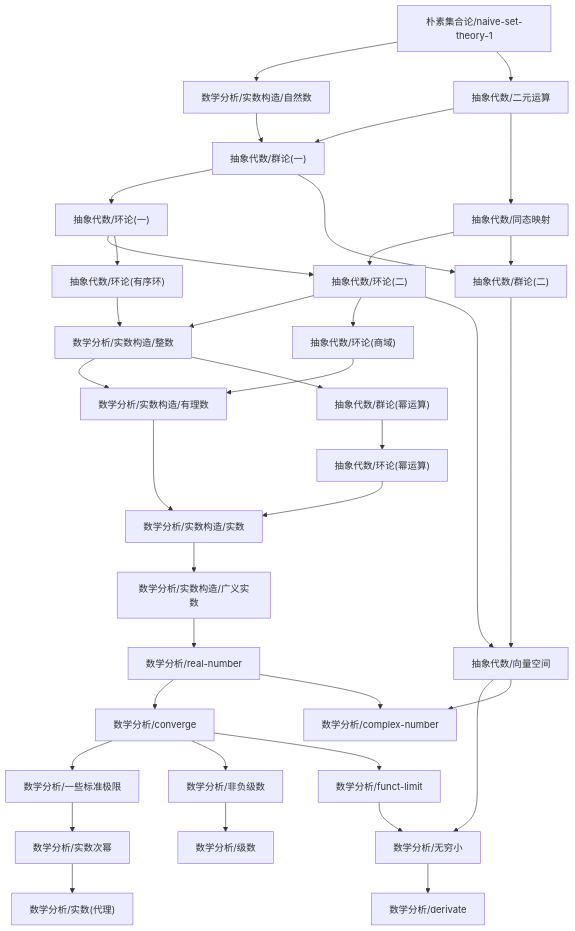
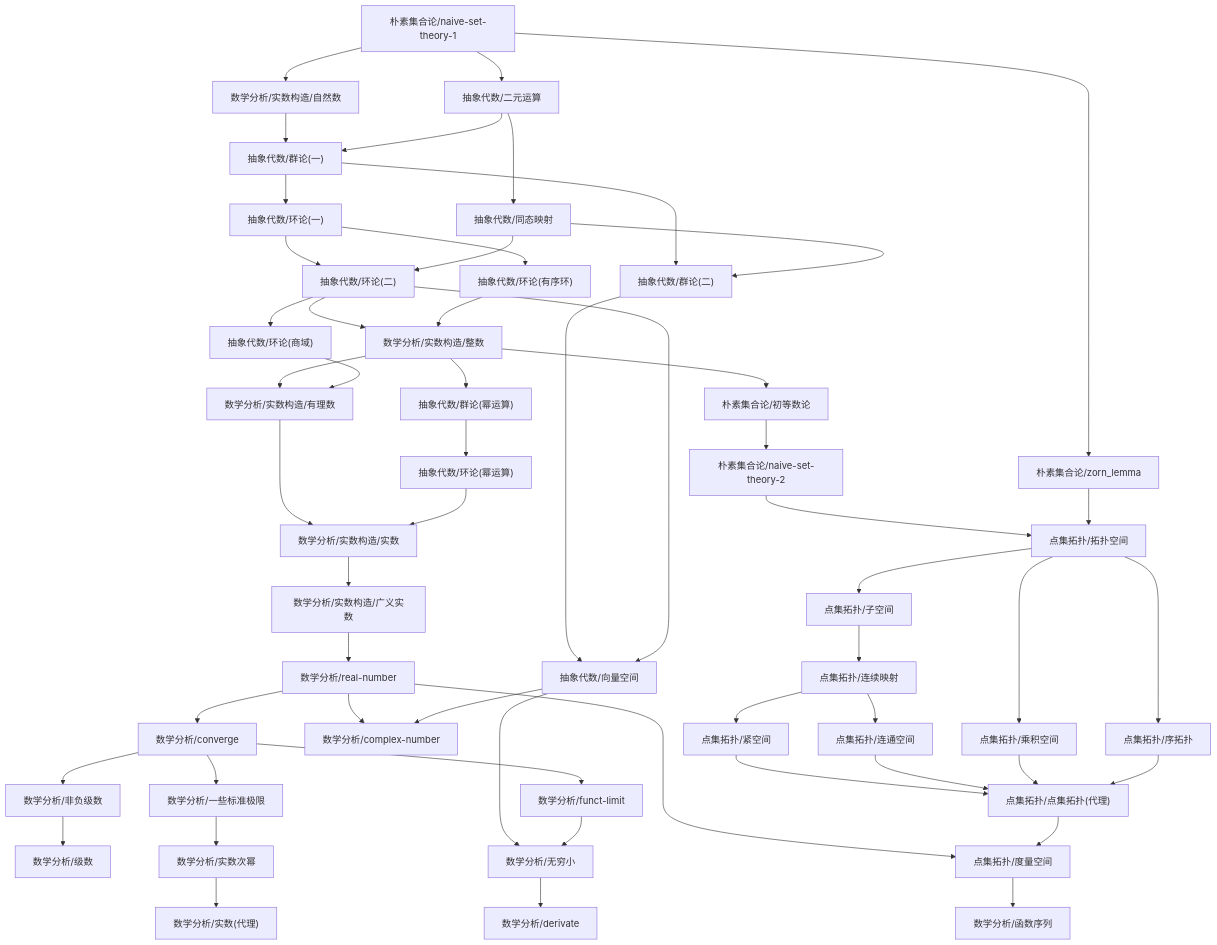
The diagram in content/数学分析/dependency_graph.md (zeroDtree/zeroDtree.github.io), drawn with Mermaid before and after one commit. The commit also changed 6 other files, not shown here.

Commit message:
Refactor dependency graph and prerequisites in mathematical content for improved clarity and structure. Update links in product-metric-space.md and related files to reflect changes in topology and metric space concepts.

````diff
--- a/content/数学分析/dependency_graph.md
+++ b/content/数学分析/dependency_graph.md
@@ -1,39 +1,57 @@
 ```mermaid
 graph TD
 1["数学分析/非负级数"] --> 0["数学分析/级数"]
 3["数学分析/实数次幂"] --> 2["数学分析/实数(代理)"]
 5["数学分析/converge"] --> 4["数学分析/一些标准极限"]
 7["数学分析/无穷小"] --> 6["数学分析/derivate"]
 8["数学分析/real-number"] --> 5["数学分析/converge"]
 4["数学分析/一些标准极限"] --> 3["数学分析/实数次幂"]
 5["数学分析/converge"] --> 1["数学分析/非负级数"]
 9["抽象代数/向量空间"] --> 7["数学分析/无穷小"]
 10["数学分析/funct-limit"] --> 7["数学分析/无穷小"]
 5["数学分析/converge"] --> 10["数学分析/funct-limit"]
 8["数学分析/real-number"] --> 12["数学分析/complex-number"]
 9["抽象代数/向量空间"] --> 12["数学分析/complex-number"]
 13["数学分析/实数构造/广义实数"] --> 8["数学分析/real-number"]
-15["数学分析/实数构造/有理数"] --> 14["数学分析/实数构造/实数"]
-16["抽象代数/环论(幂运算)"] --> 14["数学分析/实数构造/实数"]
-17["数学分析/实数构造/整数"] --> 15["数学分析/实数构造/有理数"]
-18["抽象代数/环论(商域)"] --> 15["数学分析/实数构造/有理数"]
-14["数学分析/实数构造/实数"] --> 13["数学分析/实数构造/广义实数"]
-20["朴素集合论/naive-set-theory-1"] --> 19["数学分析/实数构造/自然数"]
-21["抽象代数/环论(二)"] --> 17["数学分析/实数构造/整数"]
-22["抽象代数/环论(有序环)"] --> 17["数学分析/实数构造/整数"]
-23["抽象代数/环论(一)"] --> 21["抽象代数/环论(二)"]
-24["抽象代数/同态映射"] --> 21["抽象代数/环论(二)"]
-23["抽象代数/环论(一)"] --> 22["抽象代数/环论(有序环)"]
-25["抽象代数/群论(一)"] --> 23["抽象代数/环论(一)"]
-19["数学分析/实数构造/自然数"] --> 25["抽象代数/群论(一)"]
-26["抽象代数/二元运算"] --> 25["抽象代数/群论(一)"]
-20["朴素集合论/naive-set-theory-1"] --> 26["抽象代数/二元运算"]
-26["抽象代数/二元运算"] --> 24["抽象代数/同态映射"]
-21["抽象代数/环论(二)"] --> 18["抽象代数/环论(商域)"]
-27["抽象代数/群论(幂运算)"] --> 16["抽象代数/环论(幂运算)"]
-17["数学分析/实数构造/整数"] --> 27["抽象代数/群论(幂运算)"]
-28["抽象代数/群论(二)"] --> 9["抽象代数/向量空间"]
-21["抽象代数/环论(二)"] --> 9["抽象代数/向量空间"]
-25["抽象代数/群论(一)"] --> 28["抽象代数/群论(二)"]
-24["抽象代数/同态映射"] --> 28["抽象代数/群论(二)"]
+15["点集拓扑/度量空间"] --> 14["数学分析/函数序列"]
+17["数学分析/实数构造/有理数"] --> 16["数学分析/实数构造/实数"]
+18["抽象代数/环论(幂运算)"] --> 16["数学分析/实数构造/实数"]
+19["数学分析/实数构造/整数"] --> 17["数学分析/实数构造/有理数"]
+20["抽象代数/环论(商域)"] --> 17["数学分析/实数构造/有理数"]
+16["数学分析/实数构造/实数"] --> 13["数学分析/实数构造/广义实数"]
+22["朴素集合论/naive-set-theory-1"] --> 21["数学分析/实数构造/自然数"]
+23["抽象代数/环论(二)"] --> 19["数学分析/实数构造/整数"]
+24["抽象代数/环论(有序环)"] --> 19["数学分析/实数构造/整数"]
+25["抽象代数/环论(一)"] --> 23["抽象代数/环论(二)"]
+26["抽象代数/同态映射"] --> 23["抽象代数/环论(二)"]
+25["抽象代数/环论(一)"] --> 24["抽象代数/环论(有序环)"]
+27["抽象代数/群论(一)"] --> 25["抽象代数/环论(一)"]
+21["数学分析/实数构造/自然数"] --> 27["抽象代数/群论(一)"]
+28["抽象代数/二元运算"] --> 27["抽象代数/群论(一)"]
+22["朴素集合论/naive-set-theory-1"] --> 28["抽象代数/二元运算"]
+28["抽象代数/二元运算"] --> 26["抽象代数/同态映射"]
+23["抽象代数/环论(二)"] --> 20["抽象代数/环论(商域)"]
+29["抽象代数/群论(幂运算)"] --> 18["抽象代数/环论(幂运算)"]
+19["数学分析/实数构造/整数"] --> 29["抽象代数/群论(幂运算)"]
+8["数学分析/real-number"] --> 15["点集拓扑/度量空间"]
+30["点集拓扑/点集拓扑(代理)"] --> 15["点集拓扑/度量空间"]
+31["点集拓扑/紧空间"] --> 30["点集拓扑/点集拓扑(代理)"]
+32["点集拓扑/连通空间"] --> 30["点集拓扑/点集拓扑(代理)"]
+33["点集拓扑/乘积空间"] --> 30["点集拓扑/点集拓扑(代理)"]
+34["点集拓扑/序拓扑"] --> 30["点集拓扑/点集拓扑(代理)"]
+35["点集拓扑/连续映射"] --> 31["点集拓扑/紧空间"]
+35["点集拓扑/连续映射"] --> 32["点集拓扑/连通空间"]
+36["点集拓扑/拓扑空间"] --> 33["点集拓扑/乘积空间"]
+36["点集拓扑/拓扑空间"] --> 34["点集拓扑/序拓扑"]
+37["朴素集合论/naive-set-theory-2"] --> 36["点集拓扑/拓扑空间"]
+38["朴素集合论/zorn_lemma"] --> 36["点集拓扑/拓扑空间"]
+39["朴素集合论/初等数论"] --> 37["朴素集合论/naive-set-theory-2"]
+22["朴素集合论/naive-set-theory-1"] --> 38["朴素集合论/zorn_lemma"]
+19["数学分析/实数构造/整数"] --> 39["朴素集合论/初等数论"]
+40["点集拓扑/子空间"] --> 35["点集拓扑/连续映射"]
+36["点集拓扑/拓扑空间"] --> 40["点集拓扑/子空间"]
+41["抽象代数/群论(二)"] --> 9["抽象代数/向量空间"]
+23["抽象代数/环论(二)"] --> 9["抽象代数/向量空间"]
+27["抽象代数/群论(一)"] --> 41["抽象代数/群论(二)"]
+26["抽象代数/同态映射"] --> 41["抽象代数/群论(二)"]
 ```
````
